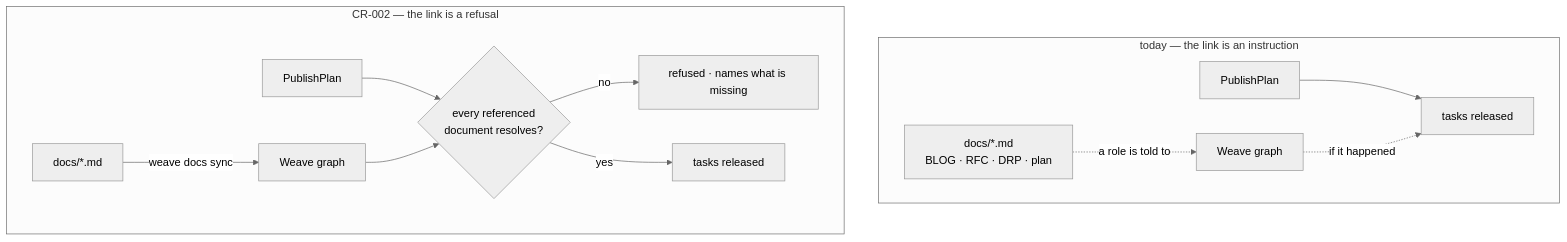
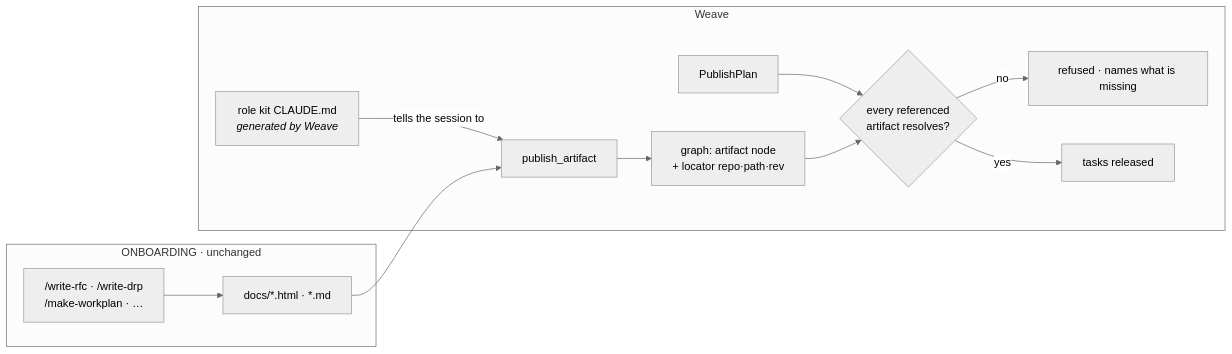
The diagram in docs/WEAVE_METHODOLOGY_CHANGE_REQUEST.md (dsivov/weave), drawn with Mermaid (neutral theme) before and after one commit. The commit also changed other lines of this file and 1 other file, not shown here.

````diff
--- a/docs/WEAVE_METHODOLOGY_CHANGE_REQUEST.md
+++ b/docs/WEAVE_METHODOLOGY_CHANGE_REQUEST.md
@@ -36,16 +50,15 @@
 ```mermaid
-flowchart TB
-  subgraph before["today — the link is an instruction"]
-    d1["docs/*.md<br/>BLOG · RFC · DRP · plan"] -. "a role is told to" .-> w1["Weave graph"]
-    p1["PublishPlan"] --> q1["tasks released"]
-    w1 -. "if it happened" .-> q1
+flowchart LR
+  subgraph kit["ONBOARDING · unchanged"]
+    s1["/write-rfc · /write-drp<br/>/make-workplan · …"] --> f["docs/*.html · *.md"]
   end
-
-  subgraph after["CR-002 — the link is a refusal"]
-    d2["docs/*.md"] -->|"weave docs sync"| w2["Weave graph"]
-    p2["PublishPlan"] --> chk{"every referenced<br/>document resolves?"}
+  subgraph weave["Weave"]
+    rk["role kit CLAUDE.md<br/><i>generated by Weave</i>"] -->|"tells the session to"| pub["publish_artifact"]
+    f --> pub
+    pub --> g["graph: artifact node<br/>+ locator repo·path·rev"]
+    pp["PublishPlan"] --> chk{"every referenced<br/>artifact resolves?"}
+    g --> chk
     chk -->|no| stop["refused · names what is missing"]
-    chk -->|yes| q2["tasks released"]
-    w2 --> chk
+    chk -->|yes| rel["tasks released"]
   end
 ```
````
